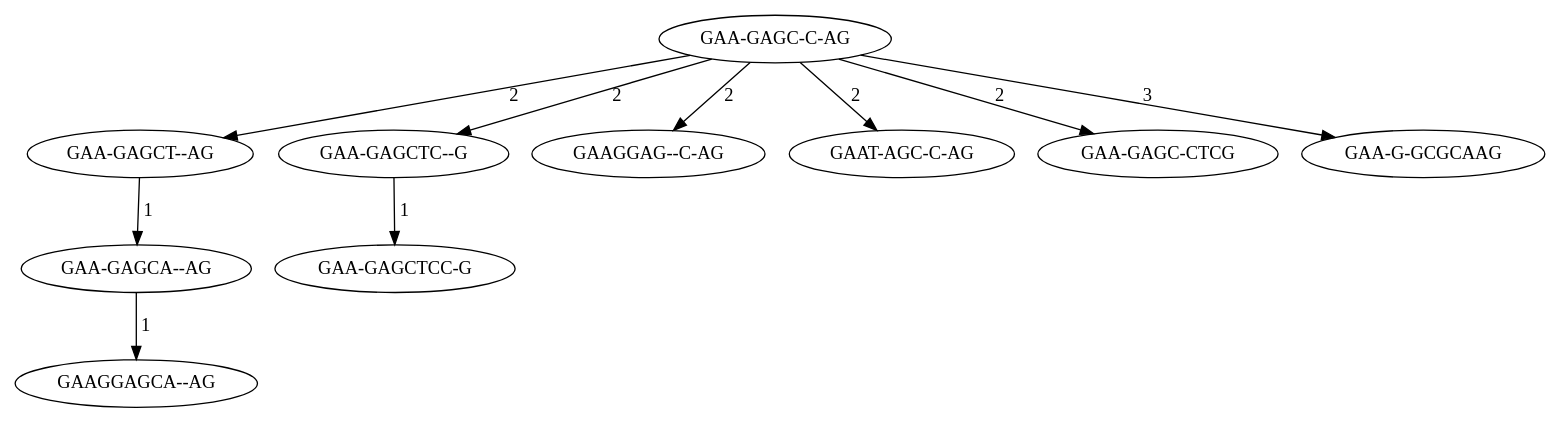
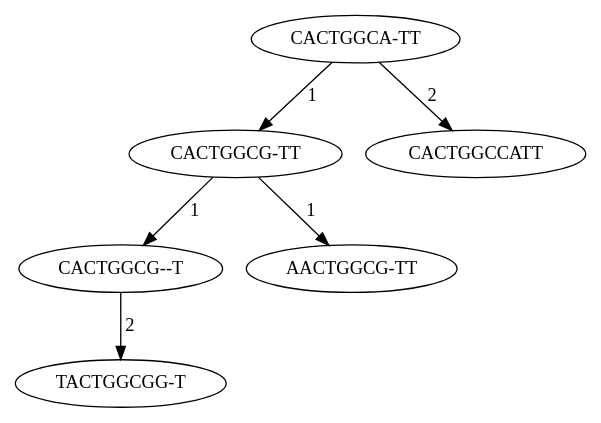
Before and after one commit to JeanSebastienBach/Stage_Alignement: the diagram in arbre.dot, drawn with Graphviz. The commit also changed 12 other files, not shown here.

```diff
--- a/arbre.dot
+++ b/arbre.dot
@@ -1,11 +1,12 @@
 digraph A {
-"GAA-GAGCT--AG" -> "GAA-GAGCA--AG" [label=" 1"];
-"GAA-GAGCA--AG" -> "GAAGGAGCA--AG" [label=" 1"];
-"GAA-GAGCTC--G" -> "GAA-GAGCTCC-G" [label=" 1"];
-"GAA-GAGC-C-AG" -> "GAA-GAGCT--AG" [label=" 2"];
-"GAA-GAGC-C-AG" -> "GAAGGAG--C-AG" [label=" 2"];
-"GAA-GAGC-C-AG" -> "GAA-GAGCTC--G" [label=" 2"];
-"GAA-GAGC-C-AG" -> "GAAT-AGC-C-AG" [label=" 2"];
-"GAA-GAGC-C-AG" -> "GAA-GAGC-CTCG" [label=" 2"];
-"GAA-GAGC-C-AG" -> "GAA-G-GCGCAAG" [label=" 3"];
+"CACTGGCA-TT" -> "CACTGGCG-TT" [label=" 1"];
+// CACTGGCATT CACTGGCGTT 1
+"CACTGGCG-TT" -> "CACTGGCG--T" [label=" 1"];
+// CACTGGCGTT CACTGGCGT 1
+"CACTGGCG-TT" -> "AACTGGCG-TT" [label=" 1"];
+// CACTGGCGTT AACTGGCGTT 1
+"CACTGGCA-TT" -> "CACTGGCCATT" [label=" 2"];
+// CACTGGCATT CACTGGCCATT 2
+"CACTGGCG--T" -> "TACTGGCGG-T" [label=" 2"];
+// CACTGGCGT TACTGGCGGT 2
 }
```
